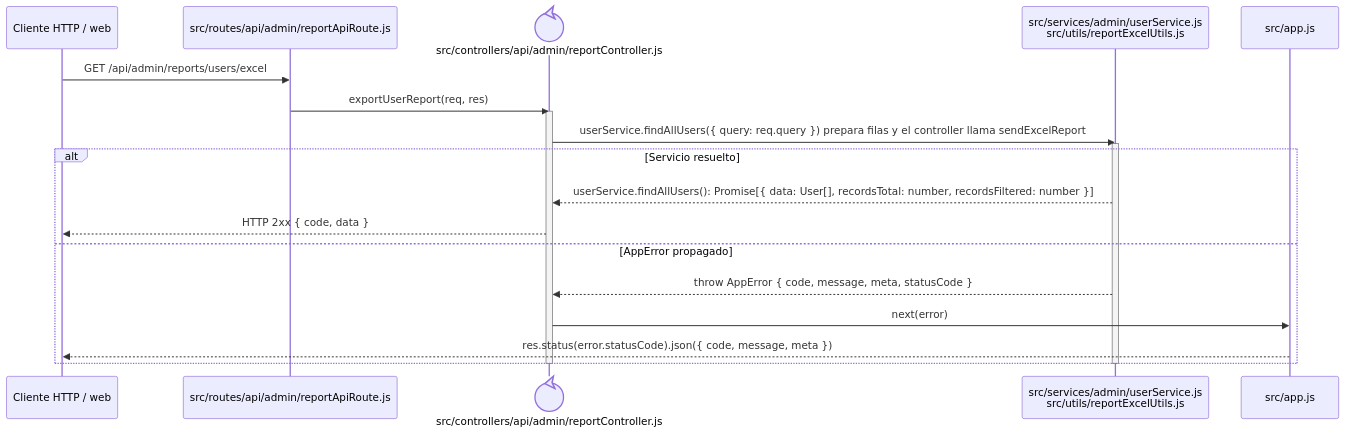
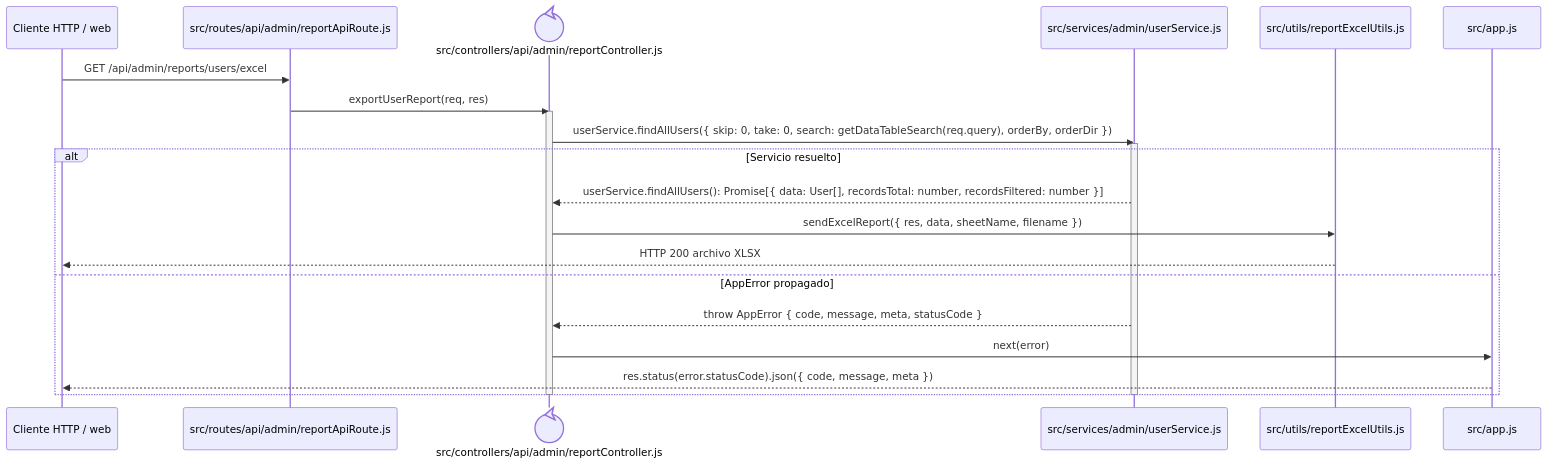
One commit to gpgsistemas01/nexus changed the diagram in docs/architecture/backend-code-sequences/identity-access/cu-ida-09.md. Above: the diagram before and after it, drawn with Mermaid. The commit also changed 22 other files, not shown here.

````diff
--- a/docs/architecture/backend-code-sequences/identity-access/cu-ida-09.md
+++ b/docs/architecture/backend-code-sequences/identity-access/cu-ida-09.md
@@ -6,24 +6,26 @@
 ```mermaid
 sequenceDiagram
     participant Client as Cliente HTTP / web
     participant Route as src/routes/api/admin/reportApiRoute.js
     participant Controller@{ "type": "control" } as src/controllers/api/admin/reportController.js
-    participant Domain as src/services/admin/userService.js<br/>src/utils/reportExcelUtils.js
+    participant Query as src/services/admin/userService.js
+    participant Excel as src/utils/reportExcelUtils.js
     participant ErrorHandler as src/app.js
 
     Client->>Route: GET /api/admin/reports/users/excel
     Route->>Controller: exportUserReport(req, res)
     activate Controller
-    Controller->>Domain: userService.findAllUsers({ query: req.query }) prepara filas y el controller llama sendExcelReport
-    activate Domain
+    Controller->>Query: userService.findAllUsers({ skip: 0, take: 0, search: getDataTableSearch(req.query), orderBy, orderDir })
+    activate Query
     alt Servicio resuelto
-        Domain-->>Controller: userService.findAllUsers(): Promise[{ data: User[], recordsTotal: number, recordsFiltered: number }]
-        Controller-->>Client: HTTP 2xx { code, data }
+        Query-->>Controller: userService.findAllUsers(): Promise[{ data: User[], recordsTotal: number, recordsFiltered: number }]
+        Controller->>Excel: sendExcelReport({ res, data, sheetName, filename })
+        Excel-->>Client: HTTP 200 archivo XLSX
     else AppError propagado
-        Domain-->>Controller: throw AppError { code, message, meta, statusCode }
+        Query-->>Controller: throw AppError { code, message, meta, statusCode }
         Controller->>ErrorHandler: next(error)
         ErrorHandler-->>Client: res.status(error.statusCode).json({ code, message, meta })
     end
-    deactivate Domain
+    deactivate Query
     deactivate Controller
 ```
````
